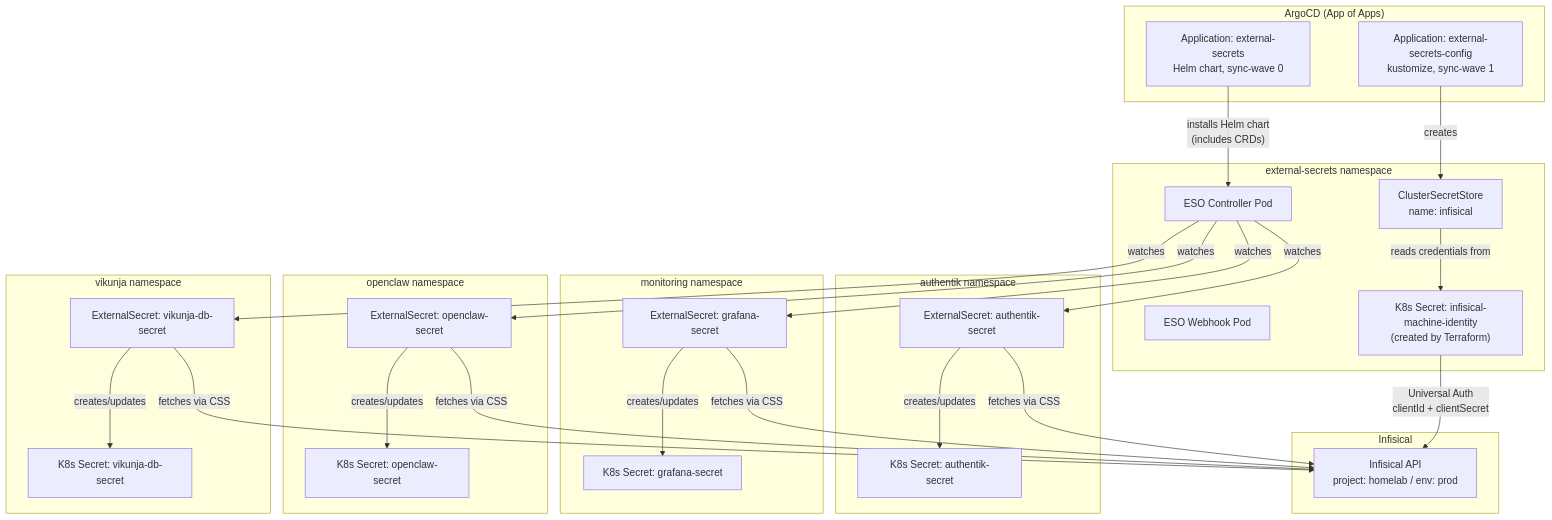
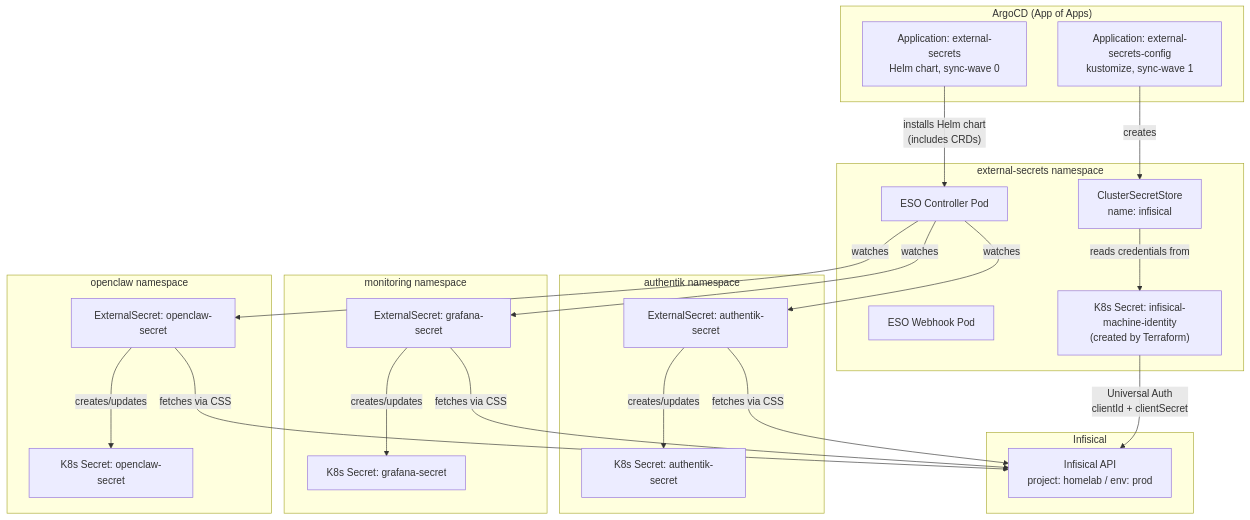
The first of 3 diagrams in k8s/apps/external-secrets/README.md (haingth77/homelab), drawn with Mermaid before and after one commit. The commit also changed other lines of this file and 46 other files, not shown here.

````diff
--- a/k8s/apps/external-secrets/README.md
+++ b/k8s/apps/external-secrets/README.md
@@ -7,55 +7,47 @@
 ```mermaid
 flowchart TD
     subgraph argocd["ArgoCD (App of Apps)"]
         ESOApp["Application: external-secrets\nHelm chart, sync-wave 0"]
         ESCApp["Application: external-secrets-config\nkustomize, sync-wave 1"]
     end
 
     subgraph esoNs["external-secrets namespace"]
         ESOOperator["ESO Controller Pod"]
         WebhookPod["ESO Webhook Pod"]
         CSS["ClusterSecretStore\nname: infisical"]
         MachineIdentitySecret["K8s Secret: infisical-machine-identity\n(created by Terraform)"]
     end
 
     subgraph infisical["Infisical"]
         InfisicalAPI["Infisical API\nproject: homelab / env: prod"]
     end
 
     subgraph authentikNs["authentik namespace"]
         ES1["ExternalSecret: authentik-secret"]
         K8sS1["K8s Secret: authentik-secret"]
     end
 
     subgraph monitoringNs["monitoring namespace"]
         ES2["ExternalSecret: grafana-secret"]
         K8sS2["K8s Secret: grafana-secret"]
     end
 
     subgraph openclawNs["openclaw namespace"]
         ES3["ExternalSecret: openclaw-secret"]
         K8sS3["K8s Secret: openclaw-secret"]
     end
 
-    subgraph vikunjaNs["vikunja namespace"]
-        ES4["ExternalSecret: vikunja-db-secret"]
-        K8sS4["K8s Secret: vikunja-db-secret"]
-    end
-
     ESOApp -- "installs Helm chart\n(includes CRDs)" --> ESOOperator
     ESCApp -- "creates" --> CSS
     CSS -- "reads credentials from" --> MachineIdentitySecret
     MachineIdentitySecret -- "Universal Auth\nclientId + clientSecret" --> InfisicalAPI
     ESOOperator -- "watches" --> ES1
     ESOOperator -- "watches" --> ES2
     ESOOperator -- "watches" --> ES3
-    ESOOperator -- "watches" --> ES4
     ES1 -- "fetches via CSS" --> InfisicalAPI
     ES2 -- "fetches via CSS" --> InfisicalAPI
     ES3 -- "fetches via CSS" --> InfisicalAPI
-    ES4 -- "fetches via CSS" --> InfisicalAPI
     ES1 -- "creates/updates" --> K8sS1
     ES2 -- "creates/updates" --> K8sS2
     ES3 -- "creates/updates" --> K8sS3
-    ES4 -- "creates/updates" --> K8sS4
 ```
````
